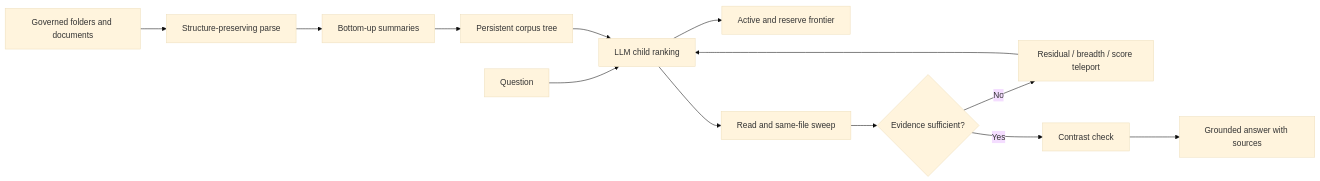
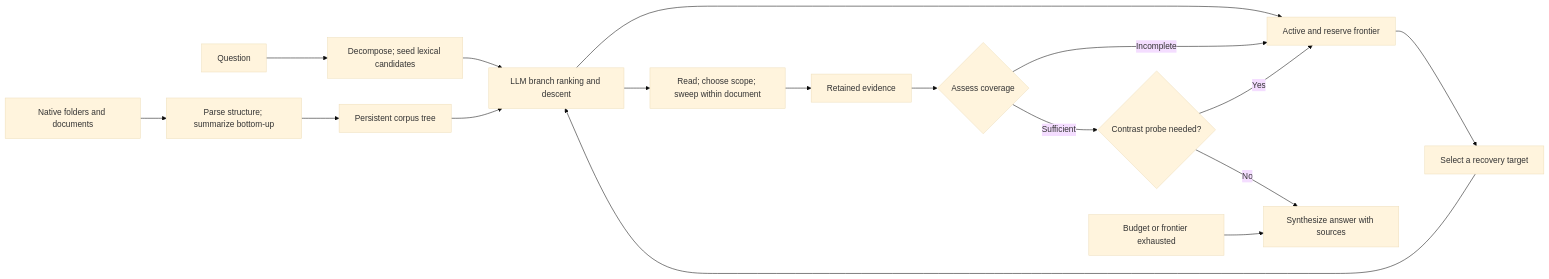
Before and after one commit to asharma391/tree-rag: the diagram in docs/ARCHITECTURE.md, drawn with Mermaid (base theme). The commit also changed other lines of this file and 1 other file, not shown here.

Commit message:
Clarify architecture with a compact corpus-search overview
Replace the dense legacy flowchart with a readable native SVG showing the persistent hierarchy, question-time navigation and reading, evidence checks, recovery frontier, and cited-answer stage. Remove unsupported exact guarantees and show contrast probes returning to search. Document lexical and optional embedding-preview signals and incomplete-evidence termination without changing code or data.

````diff
--- a/docs/ARCHITECTURE.md
+++ b/docs/ARCHITECTURE.md
@@ -3,15 +3,19 @@
 ```mermaid
 flowchart LR
-  A["Governed folders and documents"] --> B["Structure-preserving parse"]
-  B --> C["Bottom-up summaries"]
-  C --> D["Persistent corpus tree"]
-  Q["Question"] --> R["LLM child ranking"]
+  A["Native folders and documents"] --> B["Parse structure; summarize bottom-up"]
+  B --> D["Persistent corpus tree"]
+  Q["Question"] --> P["Decompose; seed lexical candidates"]
+  P --> R["LLM branch ranking and descent"]
   D --> R
   R --> F["Active and reserve frontier"]
-  R --> E["Read and same-file sweep"]
-  E --> S{"Evidence sufficient?"}
-  S -->|No| T["Residual / breadth / score teleport"]
+  R --> E["Read; choose scope; sweep within document"]
+  E --> M["Retained evidence"]
+  M --> S{"Assess coverage"}
+  S -->|Incomplete| F
+  S -->|Sufficient| X{"Contrast probe needed?"}
+  X -->|Yes| F
+  F --> T["Select a recovery target"]
   T --> R
-  S -->|Yes| X["Contrast check"]
-  X --> G["Grounded answer with sources"]
+  X -->|No| G["Synthesize answer with sources"]
+  L["Budget or frontier exhausted"] --> G
 ```
````
